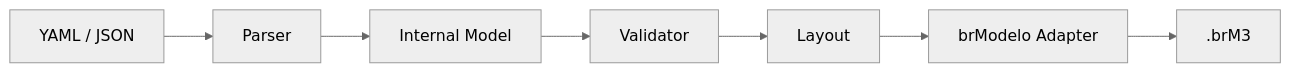
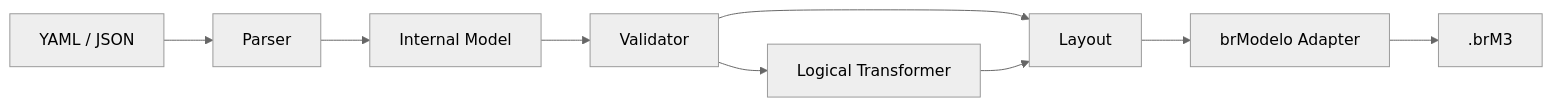
The diagram in README.md (kristyancarvalho/brmgen), drawn with Mermaid (neutral theme) before and after one commit. The commit also changed other lines of this file, not shown here.

````diff
--- a/README.md
+++ b/README.md
@@ -29,9 +29,11 @@
 ```mermaid
 flowchart LR
     INPUT[YAML / JSON] --> PARSER[Parser]
     PARSER --> MODEL[Internal Model]
     MODEL --> VALIDATOR[Validator]
     VALIDATOR --> LAYOUT[Layout]
+    VALIDATOR --> TRANSFORM[Logical Transformer]
+    TRANSFORM --> LAYOUT
     LAYOUT --> ADAPTER[brModelo Adapter]
     ADAPTER --> BRM3[.brM3]
 ```
````
